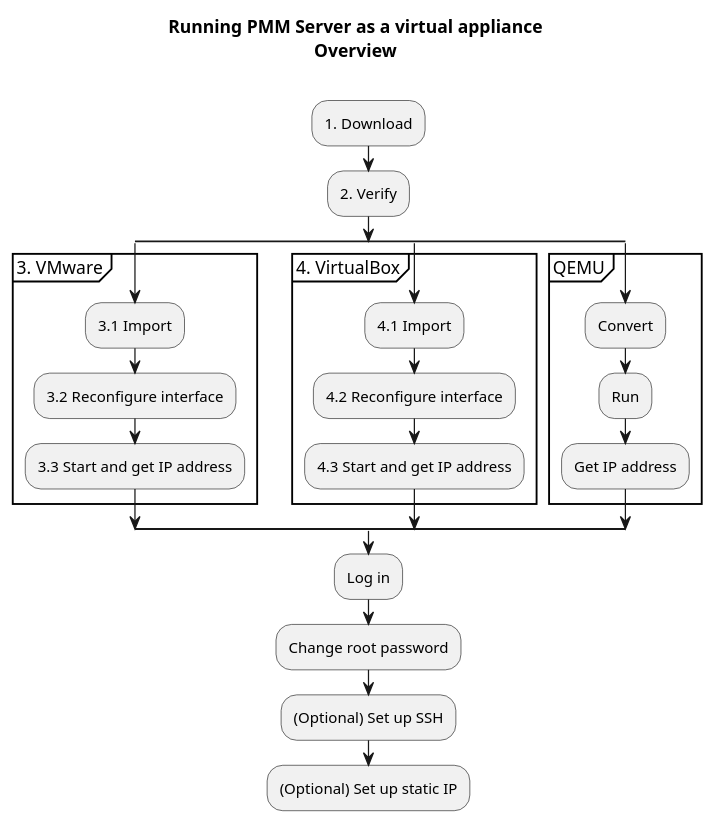
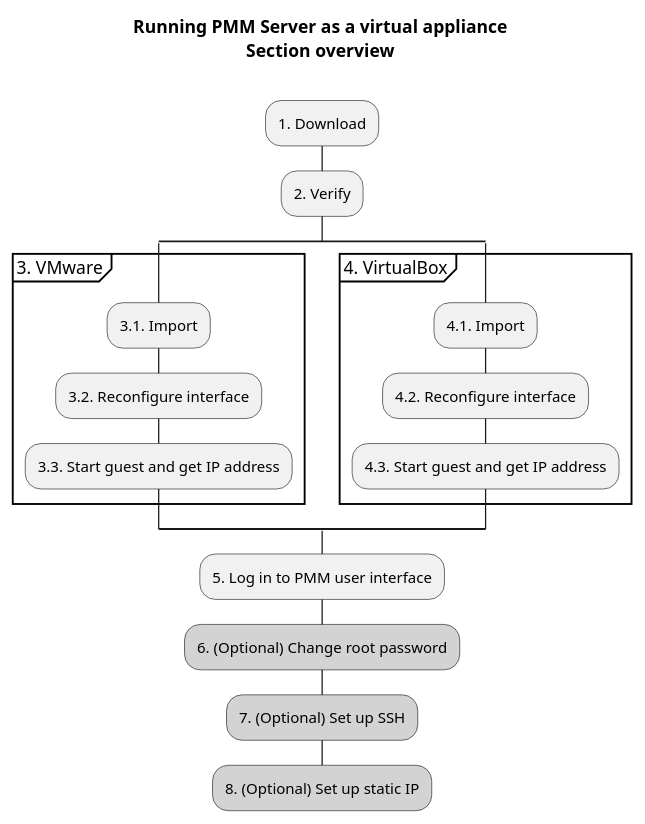
Before and after one commit to percona/pmm-doc: the diagram in _resources/diagrams/Setting-Up_Server_Virtual-Appliance.puml, drawn with PlantUML. The commit also changed other lines of this file and 1 other file, not shown here.

Commit message:
Leave QEMU to later.

```diff
--- a/_resources/diagrams/Setting-Up_Server_Virtual-Appliance.puml
+++ b/_resources/diagrams/Setting-Up_Server_Virtual-Appliance.puml
@@ -7,38 +6,23 @@
 @startuml "setting-up_server_virtual-appliance"
-title Running PMM Server as a virtual appliance\nOverview\n
-
+skinparam ArrowHeadColor none
+title Running PMM Server as a virtual appliance\nSection overview\n
 :1. Download;
 :2. Verify;
-
 split
 partition "3. VMware" {
-	:3.1 Import;
-	:3.2 Reconfigure interface;
-	:3.3 Start and get IP address;
+	:3.1. Import;
+	:3.2. Reconfigure interface;
+	:3.3. Start guest and get IP address;
 }
-
 split again
 partition "4. VirtualBox" {
-	:4.1 Import;
-	:4.2 Reconfigure interface;
-	:4.3 Start and get IP address;
+	:4.1. Import;
+	:4.2. Reconfigure interface;
+	:4.3. Start guest and get IP address;
 }
-
-split again
-
-partition QEMU {
-:Convert;
-:Run;
-:Get IP address;
-}
-
-
 end split
-
-:Log in;
-:Change root password;
-
-:(Optional) Set up SSH;
-:(Optional) Set up static IP;
-
+:5. Log in to PMM user interface;
+#lightgrey:6. (Optional) Change root password;
+#lightgrey:7. (Optional) Set up SSH;
+#lightgrey:8. (Optional) Set up static IP;
 @enduml
```
